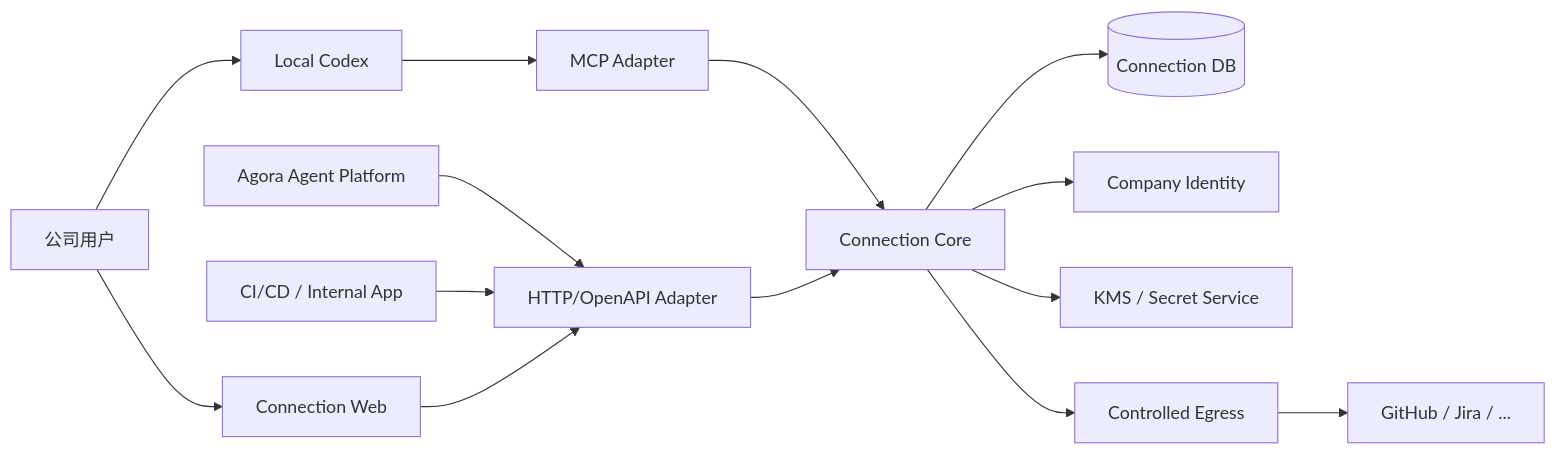
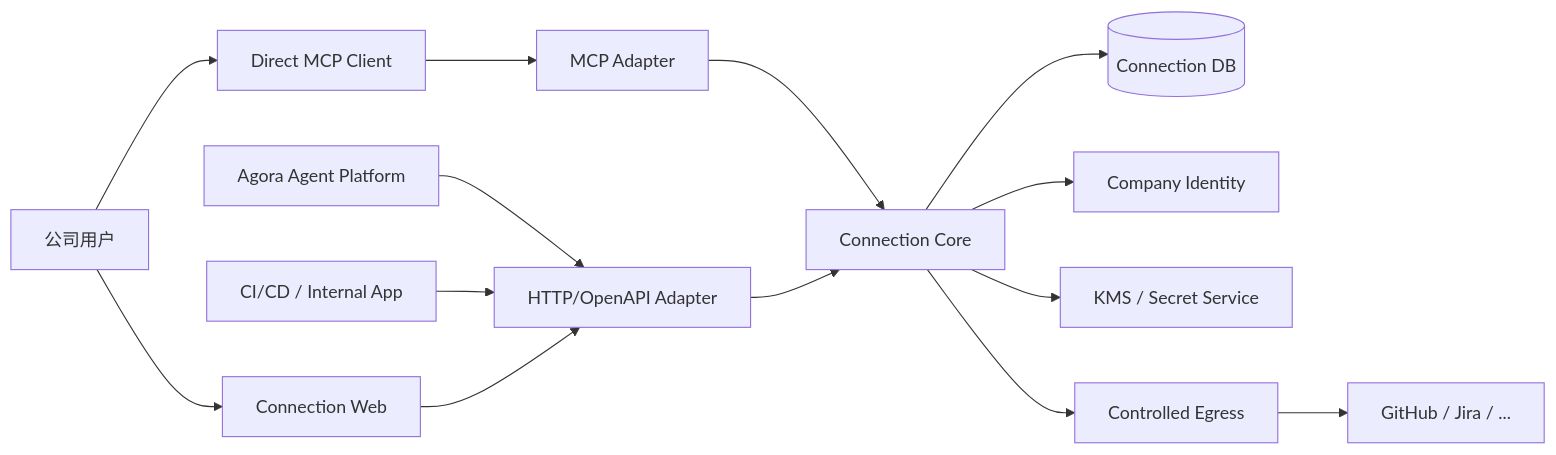
One commit to AgoraIO-Extensions/agent-infra changed the first of 9 diagrams in docs/architecture/HLD-connection-M1.md. Above: the diagram before and after it, drawn with Mermaid. The commit also changed other lines of this file and 2 other files, not shown here.

Commit message:
docs: generalize direct MCP consumers

````diff
--- a/docs/architecture/HLD-connection-M1.md
+++ b/docs/architecture/HLD-connection-M1.md
@@ -147,30 +147,30 @@
 ```mermaid
 flowchart LR
     User["公司用户"]
-    Codex["Local Codex"]
+    Direct["Direct MCP Client"]
     Platform["Agora Agent Platform"]
     CI["CI/CD / Internal App"]
     Web["Connection Web"]
     MCP["MCP Adapter"]
     HTTP["HTTP/OpenAPI Adapter"]
     Core["Connection Core"]
     DB[("Connection DB")]
     Identity["Company Identity"]
     KMS["KMS / Secret Service"]
     Egress["Controlled Egress"]
     Provider["GitHub / Jira / ..."]
 
-    User --> Codex
+    User --> Direct
     User --> Web
-    Codex --> MCP
+    Direct --> MCP
     Platform --> HTTP
     CI --> HTTP
     Web --> HTTP
     MCP --> Core
     HTTP --> Core
     Core --> DB
     Core --> Identity
     Core --> KMS
     Core --> Egress
     Egress --> Provider
 ```
````
